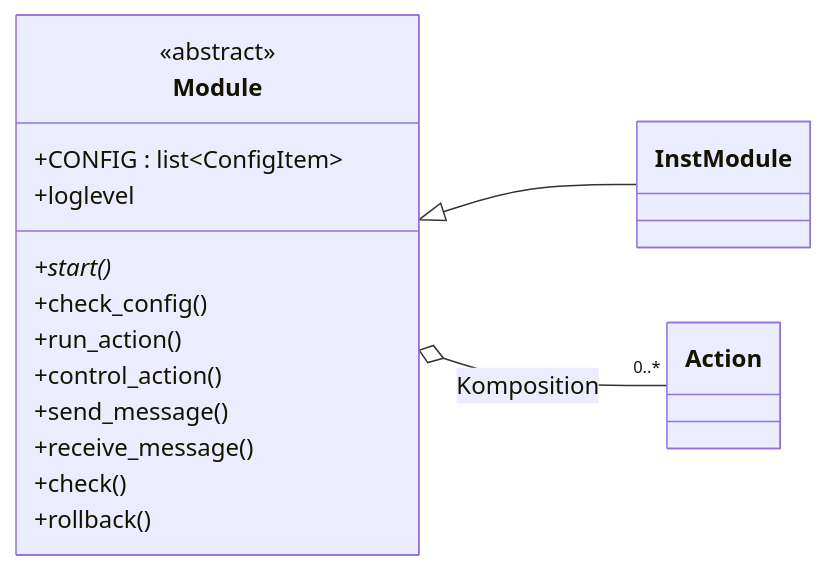
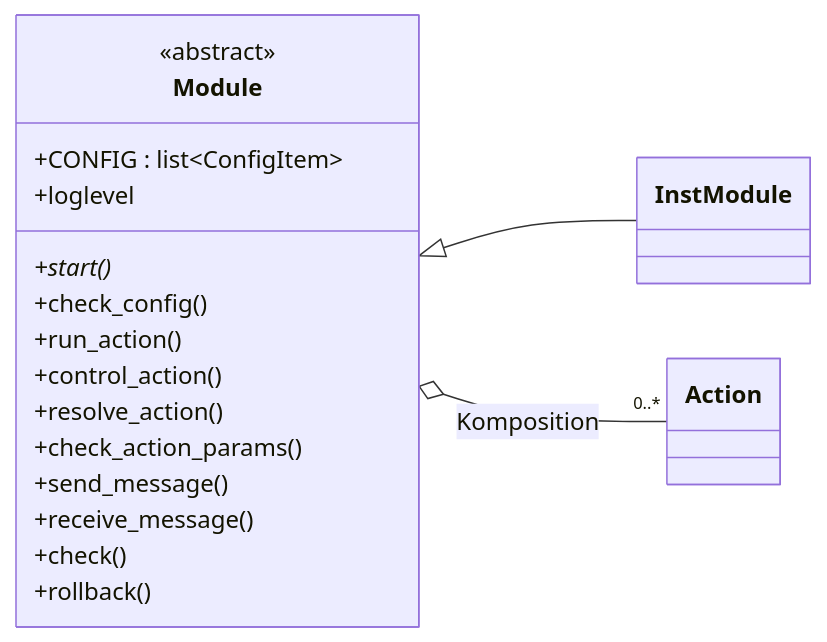
The third of 7 diagrams in docs/04_implementierungsplan.md (macodix/pifos), drawn with Mermaid before and after one commit. The commit also changed other lines of this file, not shown here.

Commit message:
Zentrale Aktions-Aufloesung in Module: resolve_action und getrennt check_action_params

````diff
--- a/docs/04_implementierungsplan.md
+++ b/docs/04_implementierungsplan.md
@@ -141,23 +141,25 @@
 ```mermaid
 classDiagram
     direction LR
 
     class Module {
         <<abstract>>
         +CONFIG : list~ConfigItem~
         +loglevel
         +start()*
         +check_config()
         +run_action()
         +control_action()
+        +resolve_action()
+        +check_action_params()
         +send_message()
         +receive_message()
         +check()
         +rollback()
     }
     class InstModule
     class Action
 
     Module <|-- InstModule
     Module o-- "0..*" Action : Komposition
 ```
````
